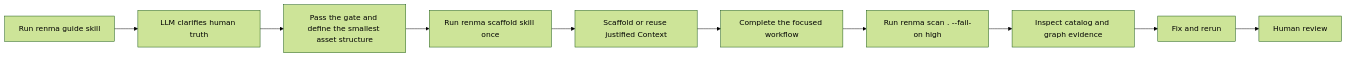
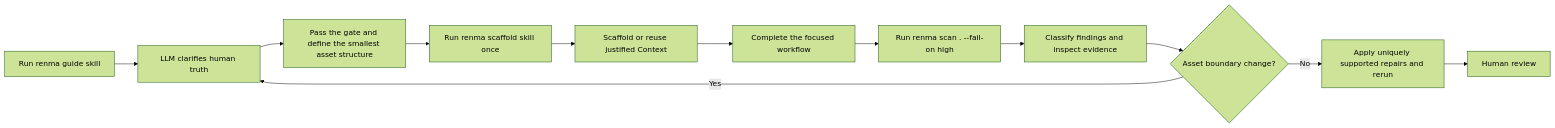
Before and after one commit to KazuCocoa/renma: the first of 2 diagrams in docs/user-manual.md, drawn with Mermaid (forest theme). The commit also changed other lines of this file and 10 other files, not shown here.

````diff
--- a/docs/user-manual.md
+++ b/docs/user-manual.md
@@ -243,12 +245,14 @@
 ```mermaid
 flowchart LR
   Guide["Run renma guide skill"] --> Clarify["LLM clarifies human truth"]
   Clarify --> Structure["Pass the gate and define the smallest asset structure"]
   Structure --> Scaffold["Run renma scaffold skill once"]
   Scaffold --> Context["Scaffold or reuse justified Context"]
   Context --> Complete["Complete the focused workflow"]
   Complete --> Validate["Run renma scan . --fail-on high"]
-  Validate --> Evidence["Inspect catalog and graph evidence"]
-  Evidence --> Fix["Fix and rerun"]
+  Validate --> Evidence["Classify findings and inspect evidence"]
+  Evidence --> Boundary{"Asset boundary change?"}
+  Boundary -- Yes --> Clarify
+  Boundary -- No --> Fix["Apply uniquely supported repairs and rerun"]
   Fix --> Review["Human review"]
 ```
````
